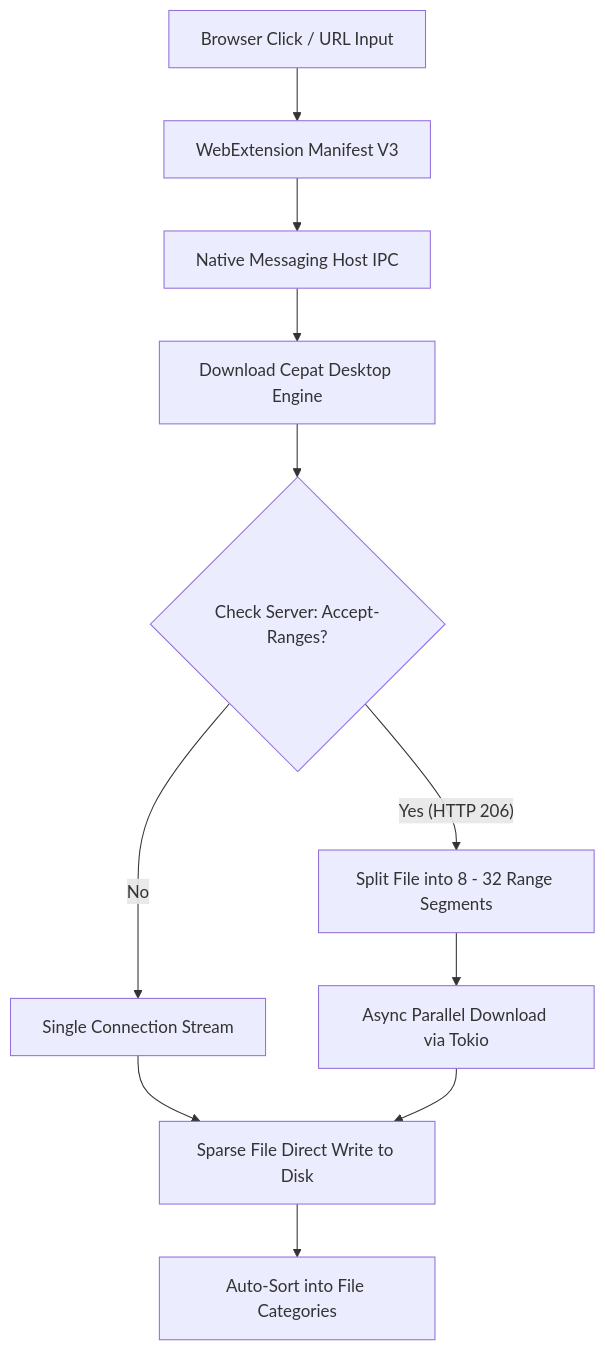
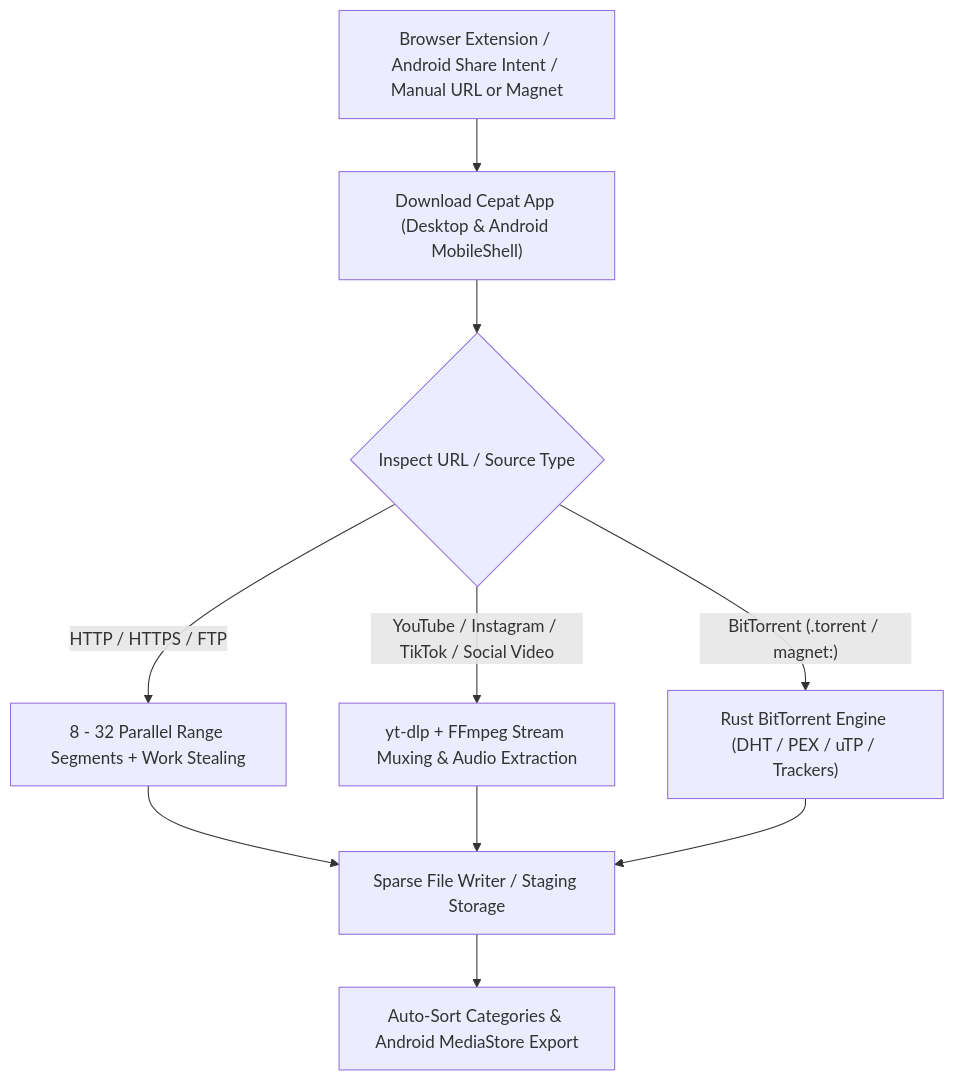
Before and after one commit to moesstudio/download-cepat: the diagram in README.md, drawn with Mermaid. The commit also changed other lines of this file and 2 other files, not shown here.

Commit message:
docs: update README.md & README.id.md for Android, social video downloader, BitTorrent, and 16 languages

````diff
--- a/README.md
+++ b/README.md
@@ -99,13 +96,12 @@
 ```mermaid
 flowchart TD
-    A[Browser Click / URL Input] --> B[WebExtension Manifest V3]
-    B --> C[Native Messaging Host IPC]
-    C --> D[Download Cepat Desktop Engine]
-    D --> E{Check Server: Accept-Ranges?}
-    E -- Yes (HTTP 206) --> F[Split File into 8 - 32 Range Segments]
-    E -- No --> G[Single Connection Stream]
-    F --> H[Async Parallel Download via Tokio]
-    G --> I[Sparse File Direct Write to Disk]
-    H --> I
-    I --> J[Auto-Sort into File Categories]
+    A["Browser Extension / Android Share Intent / Manual URL or Magnet"] --> B["Download Cepat App (Desktop & Android MobileShell)"]
+    B --> C{"Inspect URL / Source Type"}
+    C -- "HTTP / HTTPS / FTP" --> D["8 - 32 Parallel Range Segments + Work Stealing"]
+    C -- "YouTube / Instagram / TikTok / Social Video" --> E["yt-dlp + FFmpeg Stream Muxing & Audio Extraction"]
+    C -- "BitTorrent (.torrent / magnet:)" --> F["Rust BitTorrent Engine (DHT / PEX / uTP / Trackers)"]
+    D --> G["Sparse File Writer / Staging Storage"]
+    E --> G
+    F --> G
+    G --> H["Auto-Sort Categories & Android MediaStore Export"]
 ```
````
